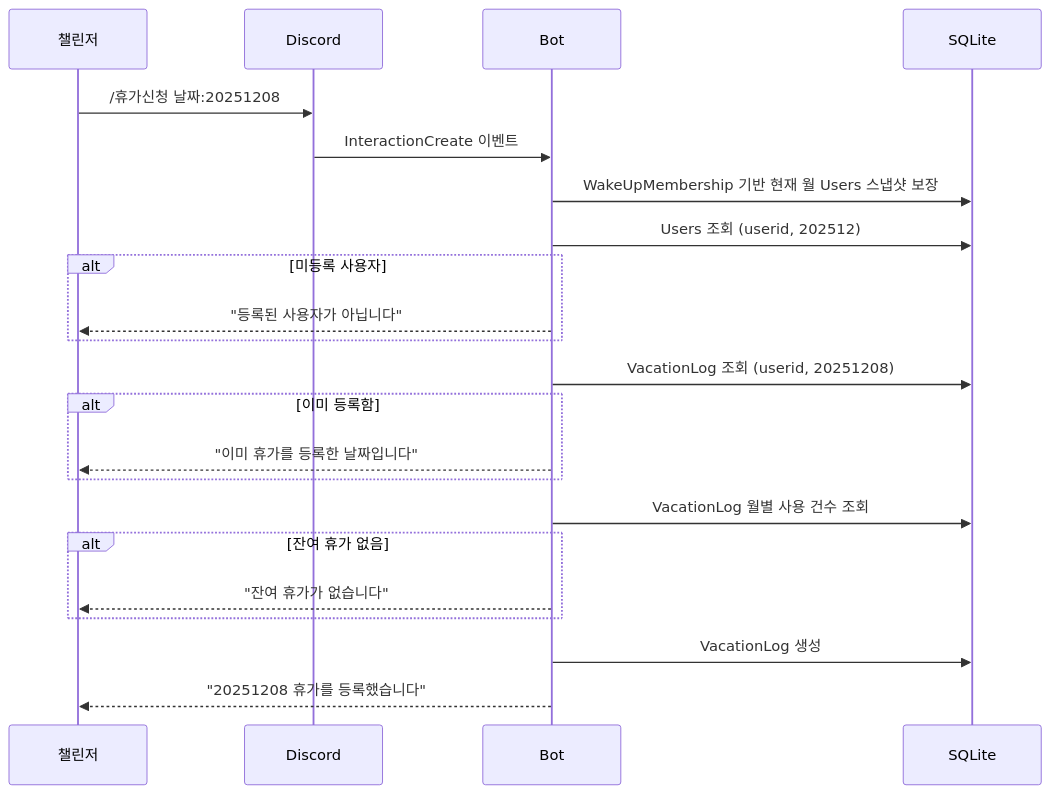
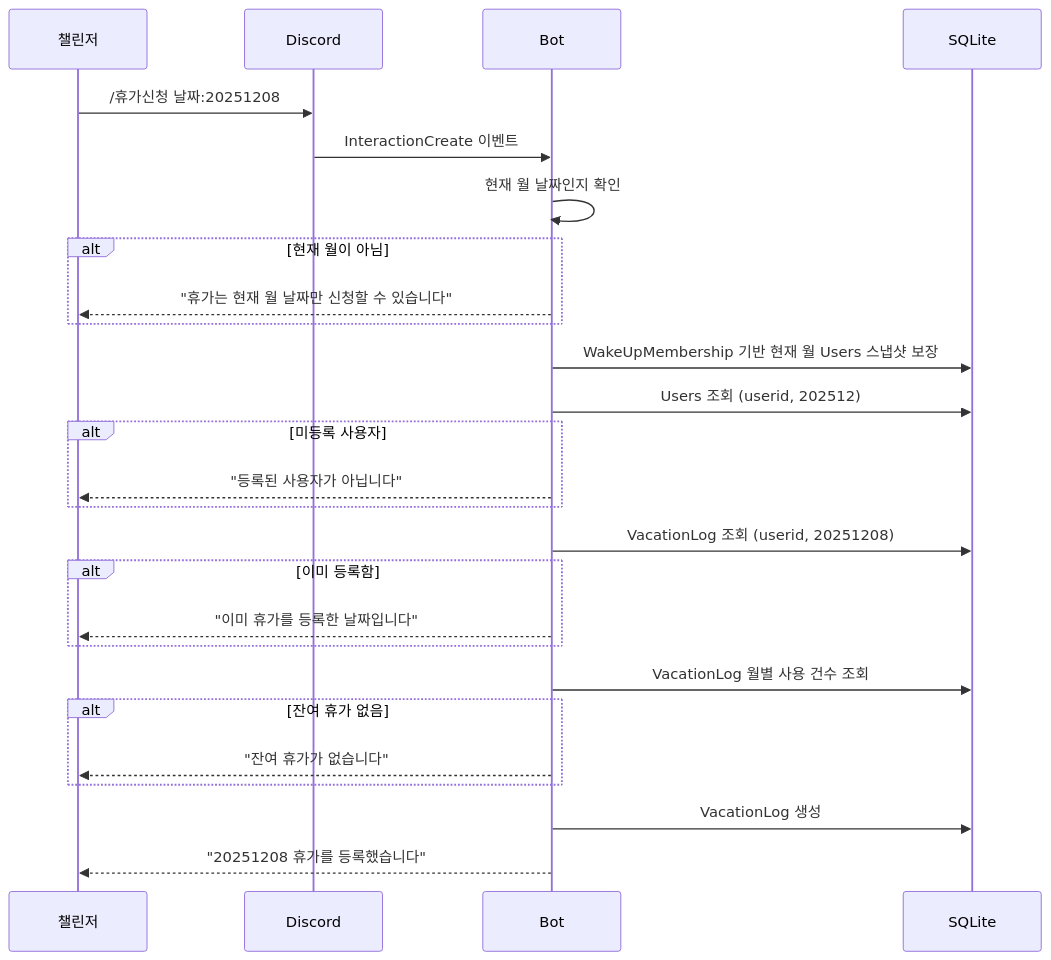
One commit to honki12345/haruharu-discord-bot changed diagram 18 of 19 in docs/USER_STORIES.md. Above: the diagram before and after it, drawn with Mermaid. The commit also changed other lines of this file and 5 other files, not shown here.

````diff
--- a/docs/USER_STORIES.md
+++ b/docs/USER_STORIES.md
@@ -788,29 +789,34 @@
 ```mermaid
 sequenceDiagram
     participant U as 챌린저
     participant D as Discord
     participant B as Bot
     participant DB as SQLite
 
     U->>D: /휴가신청 날짜:20251208
     D->>B: InteractionCreate 이벤트
+
+    B->>B: 현재 월 날짜인지 확인
+    alt 현재 월이 아님
+        B-->>U: "휴가는 현재 월 날짜만 신청할 수 있습니다"
+    end
 
     B->>DB: WakeUpMembership 기반 현재 월 Users 스냅샷 보장
     B->>DB: Users 조회 (userid, 202512)
     alt 미등록 사용자
         B-->>U: "등록된 사용자가 아닙니다"
     end
 
     B->>DB: VacationLog 조회 (userid, 20251208)
     alt 이미 등록함
         B-->>U: "이미 휴가를 등록한 날짜입니다"
     end
 
     B->>DB: VacationLog 월별 사용 건수 조회
     alt 잔여 휴가 없음
         B-->>U: "잔여 휴가가 없습니다"
     end
 
     B->>DB: VacationLog 생성
     B-->>U: "20251208 휴가를 등록했습니다"
 ```
````
